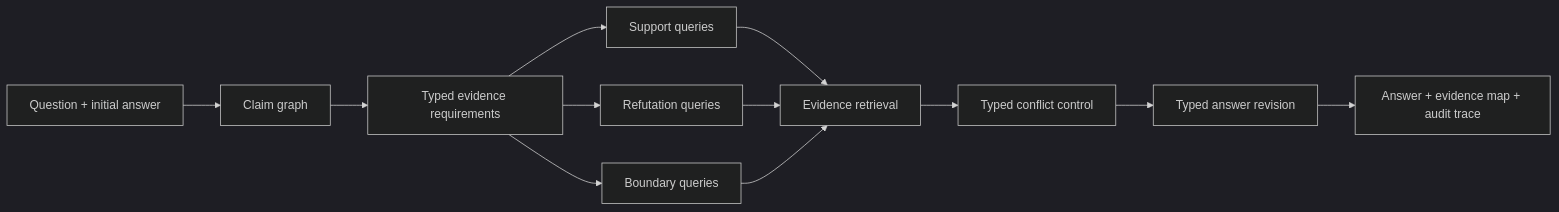
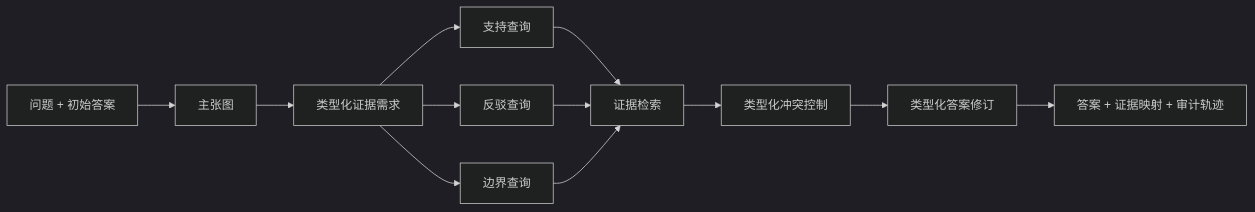
One commit to xiaweiyi713/FAR changed the diagram in README.md. Above: the diagram before and after it, drawn with Mermaid (dark theme). The commit also changed other lines of this file, not shown here.

````diff
--- a/README.md
+++ b/README.md
@@ -49,14 +39,14 @@
 ```mermaid
 flowchart LR
-    A["Question + initial answer"] --> B["Claim graph"]
-    B --> C["Typed evidence requirements"]
-    C --> D["Support queries"]
-    C --> E["Refutation queries"]
-    C --> F["Boundary queries"]
-    D --> G["Evidence retrieval"]
+    A["问题 + 初始答案"] --> B["主张图"]
+    B --> C["类型化证据需求"]
+    C --> D["支持查询"]
+    C --> E["反驳查询"]
+    C --> F["边界查询"]
+    D --> G["证据检索"]
     E --> G
     F --> G
-    G --> H["Typed conflict control"]
-    H --> I["Typed answer revision"]
-    I --> J["Answer + evidence map + audit trace"]
+    G --> H["类型化冲突控制"]
+    H --> I["类型化答案修订"]
+    I --> J["答案 + 证据映射 + 审计轨迹"]
 ```
````
